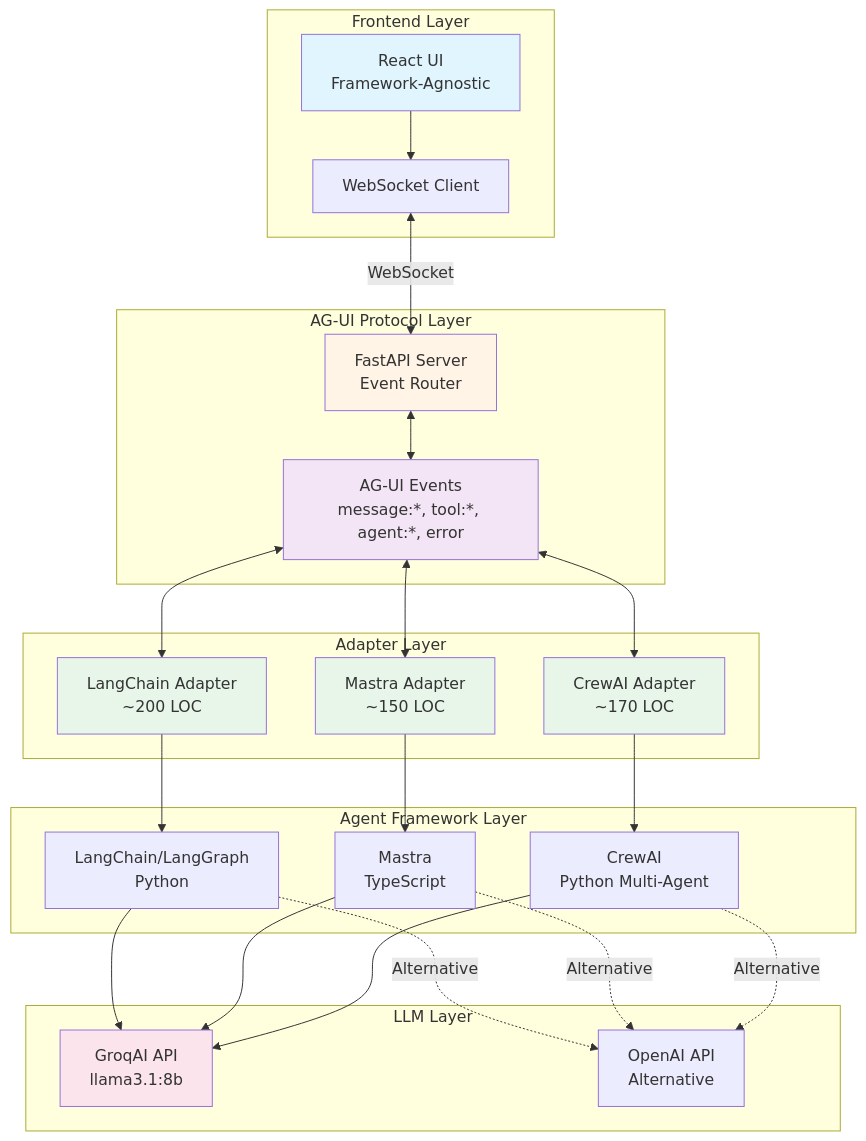
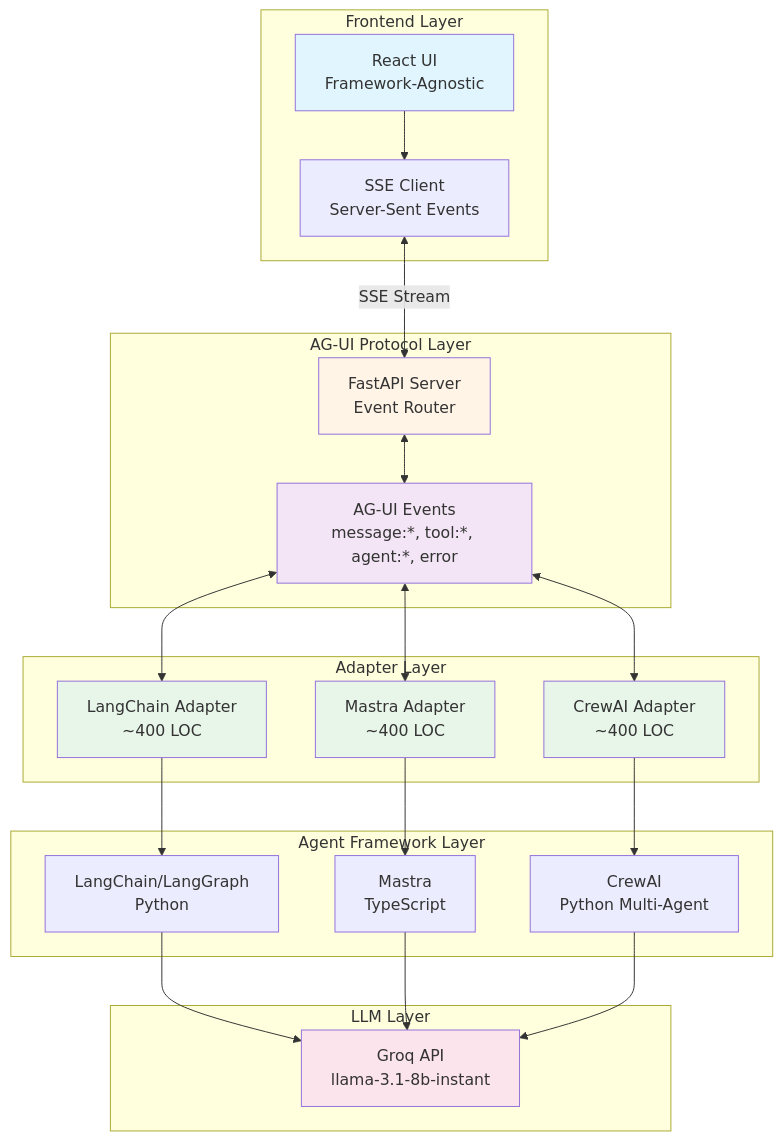
Before and after one commit to Mayurdoiphode55/agui-spike-001: the diagram in spike-001-AG-UI/README.md, drawn with Mermaid. The commit also changed other lines of this file, not shown here.

````diff
--- a/spike-001-AG-UI/README.md
+++ b/spike-001-AG-UI/README.md
@@ -20,56 +20,51 @@
 ```mermaid
 graph TB
     subgraph "Frontend Layer"
         UI[React UI<br/>Framework-Agnostic]
-        WS[WebSocket Client]
-        UI --> WS
+        SSE[SSE Client<br/>Server-Sent Events]
+        UI --> SSE
     end
 
     subgraph "AG-UI Protocol Layer"
         Server[FastAPI Server<br/>Event Router]
         Events[AG-UI Events<br/>message:*, tool:*, agent:*, error]
     end
 
     subgraph "Adapter Layer"
-        LangChain[LangChain Adapter<br/>~200 LOC]
-        Mastra[Mastra Adapter<br/>~150 LOC]
-        CrewAI[CrewAI Adapter<br/>~170 LOC]
+        LangChain[LangChain Adapter<br/>~400 LOC]
+        Mastra[Mastra Adapter<br/>~400 LOC]
+        CrewAI[CrewAI Adapter<br/>~400 LOC]
     end
 
     subgraph "Agent Framework Layer"
         LC[LangChain/LangGraph<br/>Python]
         MA[Mastra<br/>TypeScript]
         CA[CrewAI<br/>Python Multi-Agent]
     end
 
     subgraph "LLM Layer"
-        GroqAI[GroqAI API<br>llama3.1:8b]
-        OpenAI[OpenAI API<br/>Alternative]
+        GroqAI[Groq API<br/>llama-3.1-8b-instant]
     end
 
-    WS <-->|WebSocket| Server
+    SSE <-->|SSE Stream| Server
     Server <--> Events
     Events <--> LangChain
     Events <--> Mastra
     Events <--> CrewAI
     
     LangChain --> LC
     Mastra --> MA
     CrewAI --> CA
     
     LC --> GroqAI
     MA --> GroqAI
     CA --> GroqAI
-    
-    LC -.->|Alternative| OpenAI
-    MA -.->|Alternative| OpenAI
-    CA -.->|Alternative| OpenAI
 
     style UI fill:#e1f5ff
     style Server fill:#fff4e6
     style Events fill:#f3e5f5
     style LangChain fill:#e8f5e9
     style Mastra fill:#e8f5e9
     style CrewAI fill:#e8f5e9
     style GroqAI fill:#fce4ec
 ```
````
